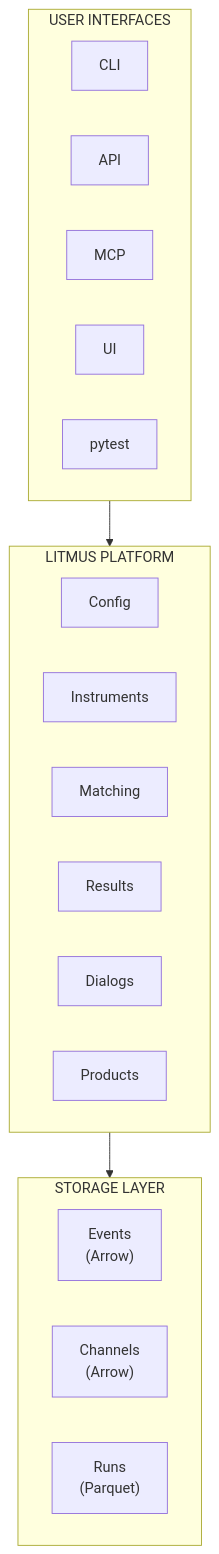
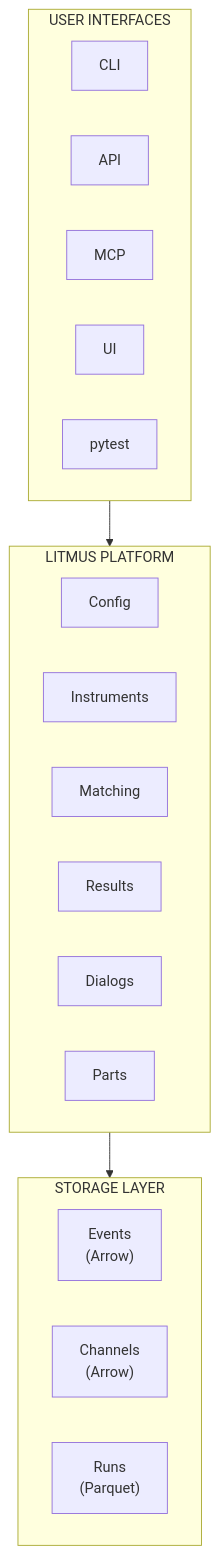
Before and after one commit to pragmatest-dev/testerkit: the second of 2 diagrams in docs/concepts/overview/platform-vs-framework.md, drawn with Mermaid. The commit also changed other lines of this file and 246 other files, not shown here.

````diff
--- a/docs/concepts/overview/platform-vs-framework.md
+++ b/docs/concepts/overview/platform-vs-framework.md
@@ -105,30 +105,30 @@
 ```mermaid
 flowchart TB
     subgraph UI["USER INTERFACES"]
         direction LR
         cli["CLI"]
         api["API"]
         mcp["MCP"]
         nicegui["UI"]
         pytest["pytest"]
     end
 
     subgraph Platform["LITMUS PLATFORM"]
         direction LR
         cfg["Config"]
         instr["Instruments"]
         match["Matching"]
         results["Results"]
         dialogs["Dialogs"]
-        products["Products"]
+        parts["Parts"]
     end
 
     subgraph Storage["STORAGE LAYER"]
         direction LR
         events["Events<br/>(Arrow)"]
         channels["Channels<br/>(Arrow)"]
         parquet["Runs<br/>(Parquet)"]
     end
 
     UI --> Platform --> Storage
 ```
````
